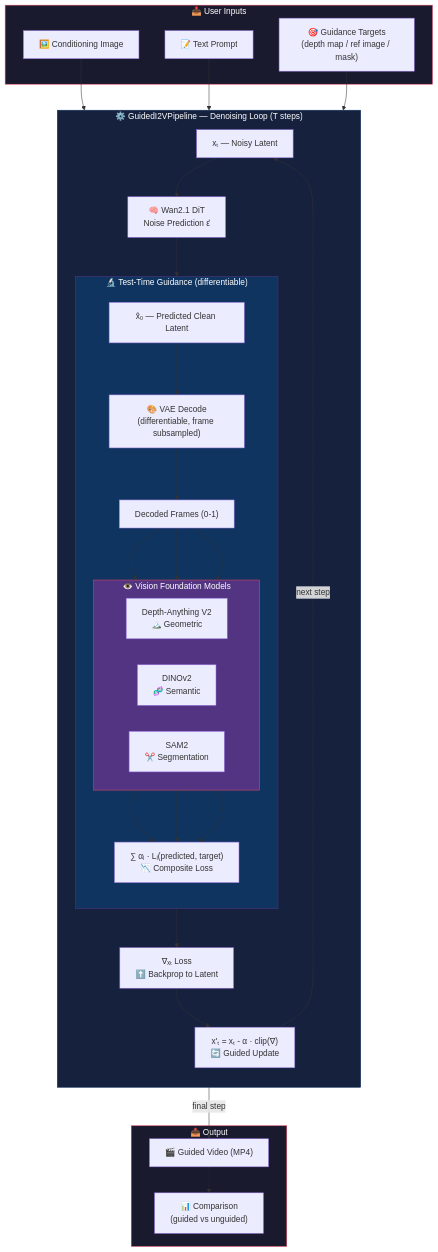
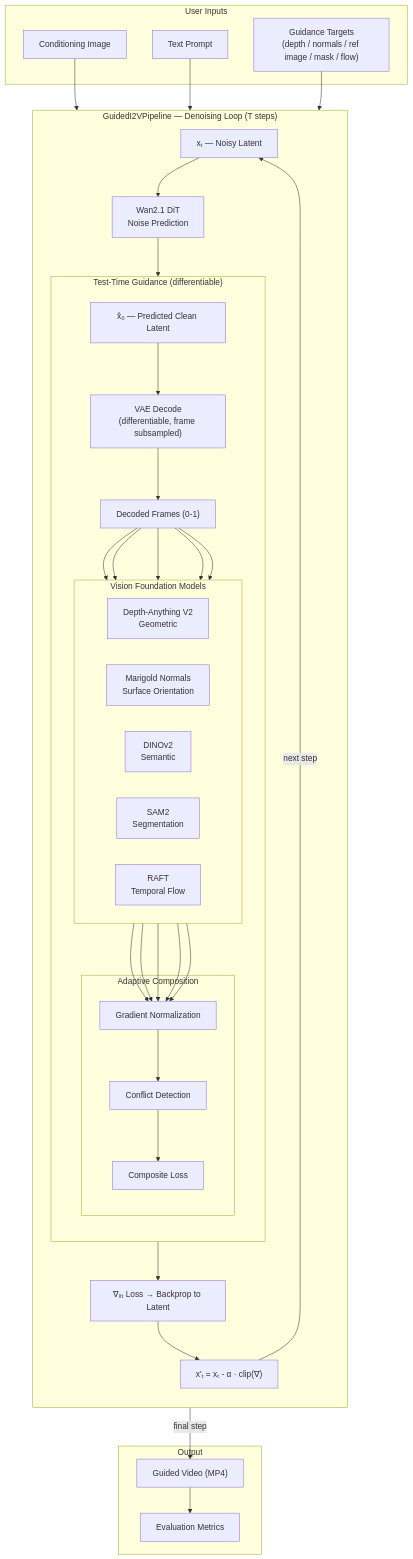
Before and after one commit to OnePunchMonk/parallax: the diagram in README.md, drawn with Mermaid. The commit also changed other lines of this file and 14 other files, not shown here.

First line of the commit message:
feat: Add adaptive multi-guidance composition and new guidance modules

````diff
--- a/README.md
+++ b/README.md
@@ -56,65 +75,71 @@
 ```mermaid
 graph TB
-    subgraph Inputs["📥 User Inputs"]
-        IMG["🖼️ Conditioning Image"]
-        TXT["📝 Text Prompt"]
-        TGT["🎯 Guidance Targets<br/>(depth map / ref image / mask)"]
+    subgraph Inputs["User Inputs"]
+        IMG["Conditioning Image"]
+        TXT["Text Prompt"]
+        TGT["Guidance Targets<br/>(depth / normals / ref image / mask / flow)"]
     end
 
-    subgraph Pipeline["⚙️ GuidedI2VPipeline — Denoising Loop (T steps)"]
+    subgraph Pipeline["GuidedI2VPipeline — Denoising Loop (T steps)"]
         direction TB
         NOISE["xₜ — Noisy Latent"]
-        DIT["🧠 Wan2.1 DiT<br/>Noise Prediction ε̂"]
+        DIT["Wan2.1 DiT<br/>Noise Prediction"]
         X0["x̂₀ — Predicted Clean Latent"]
-        
+
         NOISE --> DIT
         DIT --> X0
 
-        subgraph Guidance["🔬 Test-Time Guidance (differentiable)"]
+        subgraph Guidance["Test-Time Guidance (differentiable)"]
             direction TB
-            VAE["🎨 VAE Decode<br/>(differentiable, frame subsampled)"]
+            VAE["VAE Decode<br/>(differentiable, frame subsampled)"]
             FRAMES["Decoded Frames (0-1)"]
-            
+
             X0 --> VAE --> FRAMES
 
-            subgraph VisionModels["👁️ Vision Foundation Models"]
+            subgraph VisionModels["Vision Foundation Models"]
                 direction LR
-                DEPTH["Depth-Anything V2<br/>🏔️ Geometric"]
-                DINO["DINOv2<br/>🧬 Semantic"]
-                SAM["SAM2<br/>✂️ Segmentation"]
+                DEPTH["Depth-Anything V2<br/>Geometric"]
+                NORMAL["Marigold Normals<br/>Surface Orientation"]
+                DINO["DINOv2<br/>Semantic"]
+                SAM["SAM2<br/>Segmentation"]
+                FLOW["RAFT<br/>Temporal Flow"]
             end
 
             FRAMES --> DEPTH
+            FRAMES --> NORMAL
             FRAMES --> DINO
             FRAMES --> SAM
+            FRAMES --> FLOW
 
-            LOSS["∑ αᵢ · Lᵢ(predicted, target)<br/>📉 Composite Loss"]
-            DEPTH --> LOSS
-            DINO --> LOSS
-            SAM --> LOSS
+            subgraph Composition["Adaptive Composition"]
+                GRADNORM["Gradient Normalization"]
+                CONFLICT["Conflict Detection"]
+                LOSS["Composite Loss"]
+            end
+
+            DEPTH --> GRADNORM
+            NORMAL --> GRADNORM
+            DINO --> GRADNORM
+            SAM --> GRADNORM
+            FLOW --> GRADNORM
+            GRADNORM --> CONFLICT --> LOSS
         end
 
-        GRAD["∇ₓₜ Loss<br/>⬆️ Backprop to Latent"]
-        UPDATE["x'ₜ = xₜ - α · clip(∇)<br/>🔄 Guided Update"]
+        GRAD["∇ₓₜ Loss → Backprop to Latent"]
+        UPDATE["x'ₜ = xₜ - α · clip(∇)"]
 
         LOSS --> GRAD --> UPDATE
         UPDATE -->|"next step"| NOISE
     end
 
-    subgraph Output["📤 Output"]
-        VIDEO["🎬 Guided Video (MP4)"]
-        COMPARE["📊 Comparison<br/>(guided vs unguided)"]
+    subgraph Output["Output"]
+        VIDEO["Guided Video (MP4)"]
+        METRICS["Evaluation Metrics"]
     end
 
     IMG --> DIT
     TXT --> DIT
     TGT --> LOSS
     UPDATE -->|"final step"| VIDEO
-    VIDEO -.-> COMPARE
-
-    style Inputs fill:#1a1a2e,stroke:#e94560,color:#fff
-    style Pipeline fill:#16213e,stroke:#0f3460,color:#fff
-    style Guidance fill:#0f3460,stroke:#533483,color:#fff
-    style VisionModels fill:#533483,stroke:#e94560,color:#fff
-    style Output fill:#1a1a2e,stroke:#e94560,color:#fff
+    VIDEO --> METRICS
 ```
````
